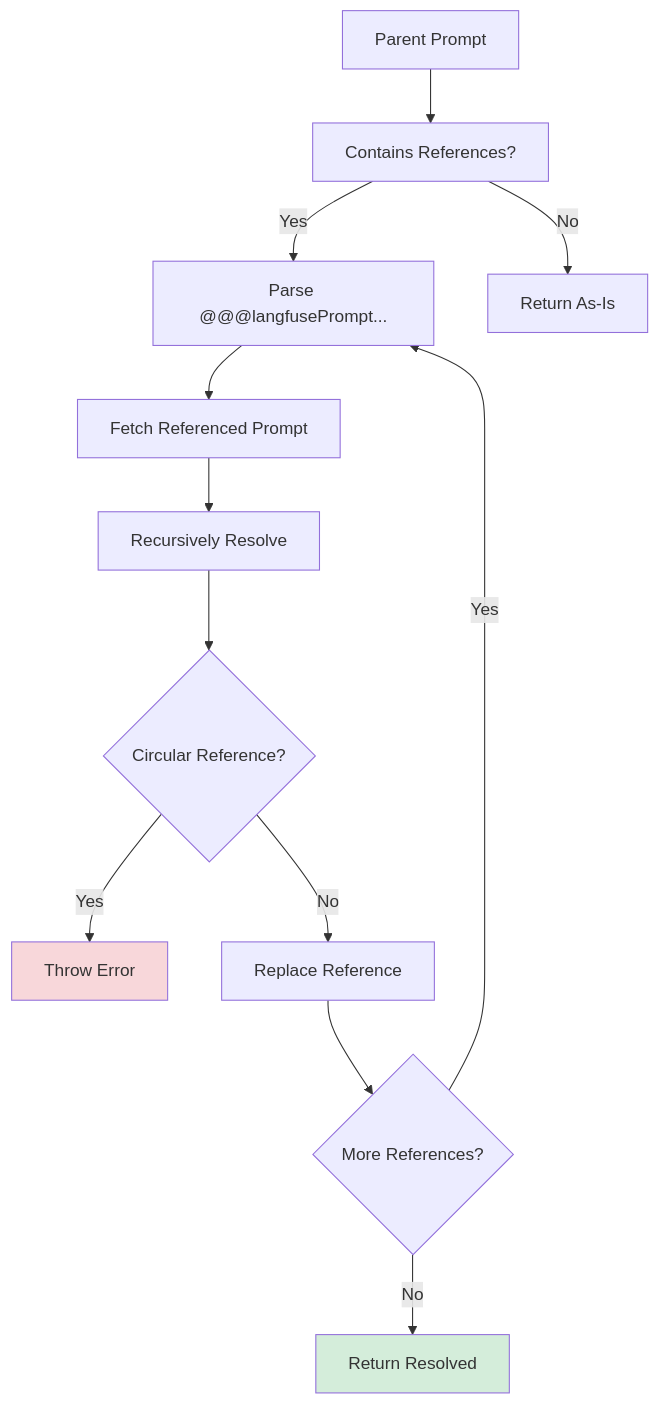
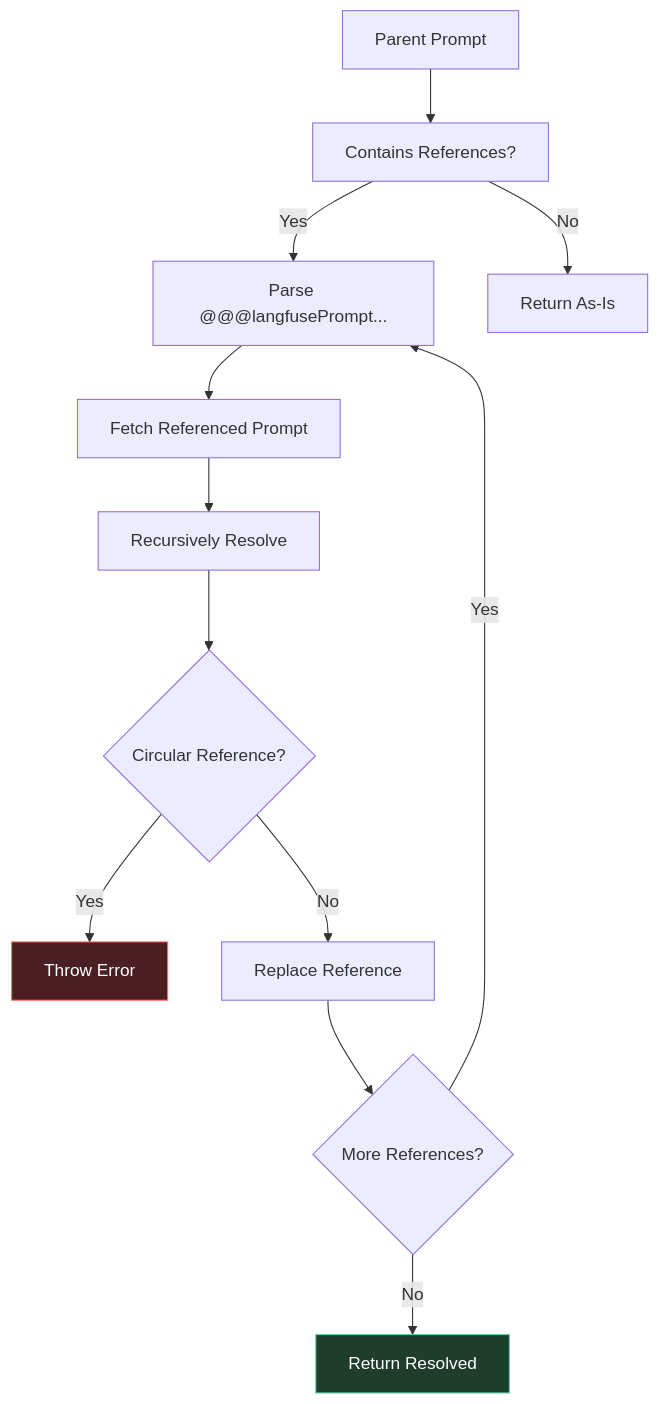
The fourth of 10 diagrams in blog/2026/02-11-langfuse-features-prompts-tracing-scores-usage/index.md (nicolad/vadim.blog), drawn with Mermaid before and after one commit. The commit also changed other lines of this file and 1 other file, not shown here.

Commit message:
Langfuse Features: Prompts, Tracing, Scores, Usage

````diff
--- a/blog/2026/02-11-langfuse-features-prompts-tracing-scores-usage/index.md
+++ b/blog/2026/02-11-langfuse-features-prompts-tracing-scores-usage/index.md
@@ -203,20 +216,20 @@
 ```mermaid
 graph TD
     A[Parent Prompt] --> B[Contains References?]
-    B -->|Yes| C[Parse @@@langfusePrompt...]
+    B -->|Yes| C["Parse @@@langfusePrompt..."]
     B -->|No| D[Return As-Is]
     
     C --> E[Fetch Referenced Prompt]
     E --> F[Recursively Resolve]
     F --> G{Circular Reference?}
     
     G -->|Yes| H[Throw Error]
     G -->|No| I[Replace Reference]
     
     I --> J{More References?}
     J -->|Yes| C
     J -->|No| K[Return Resolved]
     
-    style K fill:#d4edda
-    style H fill:#f8d7da
+    style K fill:#1f3d2a,stroke:#59c9a5,color:#fff
+    style H fill:#4a1f23,stroke:#ff6b6b,color:#fff
 ```
````
